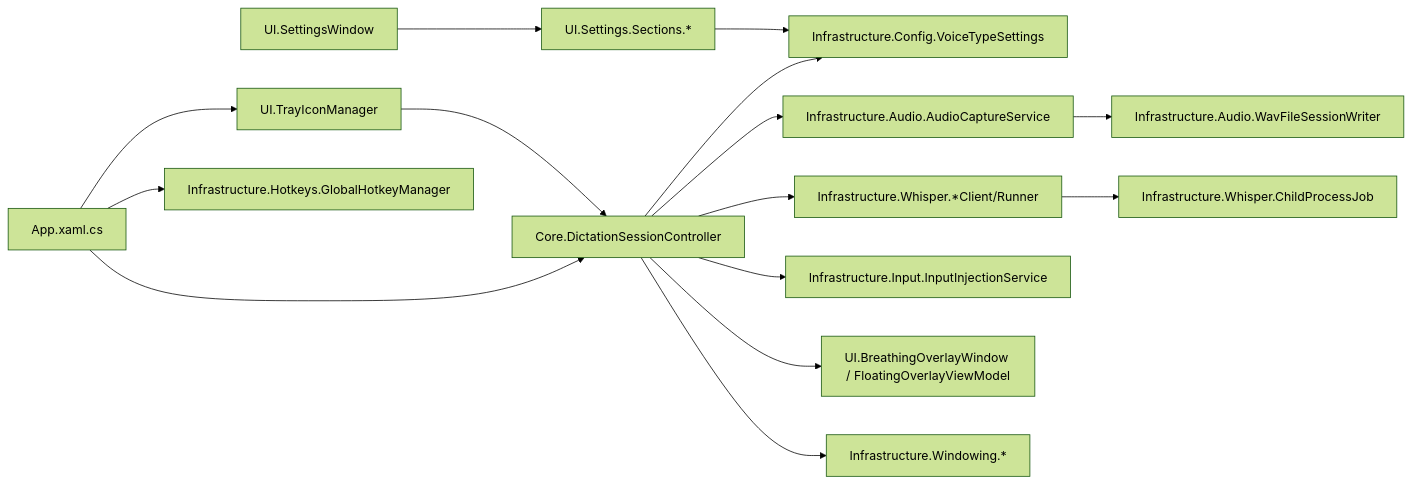
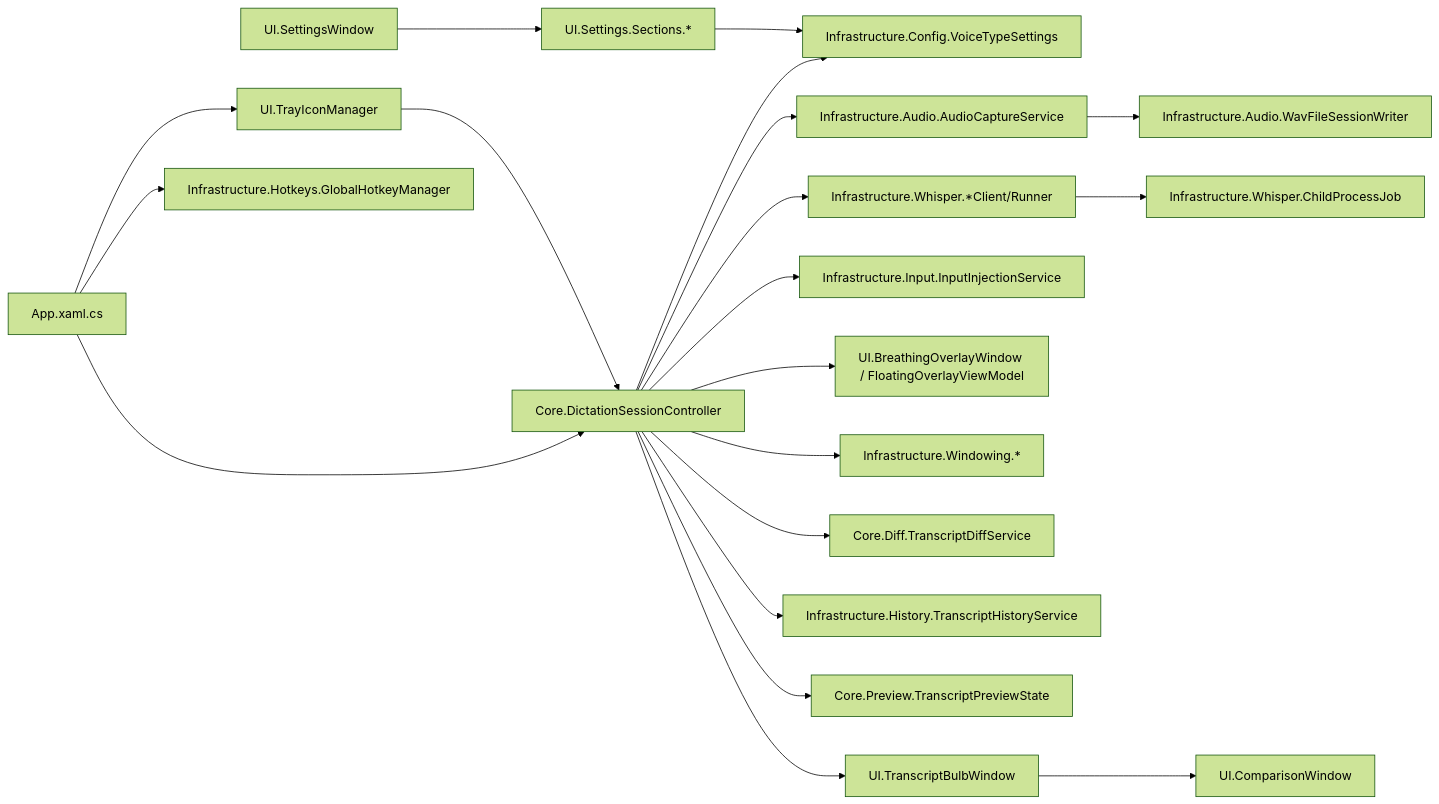
The diagram in docs/CODE_SUMMARY.md (citsuresh/VoiceType), drawn with Mermaid (forest theme) before and after one commit. The commit also changed other lines of this file and 22 other files, not shown here.

Commit message:
Add transcript comparison/history feature with clear-history, live updates, and diff fixes

````diff
--- a/docs/CODE_SUMMARY.md
+++ b/docs/CODE_SUMMARY.md
@@ -16,17 +16,22 @@
 ```mermaid
 graph LR
     Tray[UI.TrayIconManager] --> Controller[Core.DictationSessionController]
     Settings[UI.SettingsWindow] --> Sections[UI.Settings.Sections.*]
     Sections --> Config[Infrastructure.Config.VoiceTypeSettings]
     Controller --> Config
     Controller --> Audio[Infrastructure.Audio.AudioCaptureService]
     Controller --> Whisper[Infrastructure.Whisper.*Client/Runner]
     Controller --> Input[Infrastructure.Input.InputInjectionService]
     Controller --> Overlay[UI.BreathingOverlayWindow / FloatingOverlayViewModel]
     Controller --> Windowing[Infrastructure.Windowing.*]
+    Controller --> Diff[Core.Diff.TranscriptDiffService]
+    Controller --> History[Infrastructure.History.TranscriptHistoryService]
+    Controller --> Preview[Core.Preview.TranscriptPreviewState]
+    Controller --> Bulb[UI.TranscriptBulbWindow]
+    Bulb --> Comparison[UI.ComparisonWindow]
     Audio --> WavWriter[Infrastructure.Audio.WavFileSessionWriter]
     Whisper --> ChildJob[Infrastructure.Whisper.ChildProcessJob]
     App[App.xaml.cs] --> Tray
     App --> Controller
     App --> Hotkeys[Infrastructure.Hotkeys.GlobalHotkeyManager]
 ```
````
